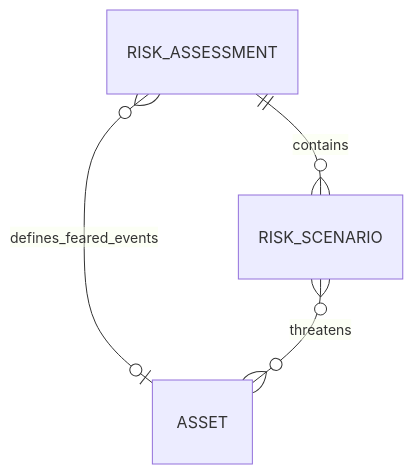
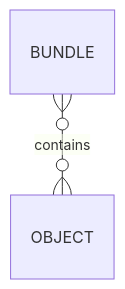
Before and after one commit to intuitem/ciso-assistant-community: the ninth of 9 diagrams in documentation/architecture/data-model.md, drawn with Mermaid. The commit also changed other lines of this file, not shown here.

````diff
--- a/documentation/architecture/data-model.md
+++ b/documentation/architecture/data-model.md
@@ -1452,9 +1105,4 @@
 ```mermaid
 erDiagram
-
-    RISK_ASSESSMENT       }o--o| ASSET                 : defines_feared_events
-    RISK_SCENARIO         }o--o{ ASSET                 : threatens
-    RISK_ASSESSMENT       ||--o{ RISK_SCENARIO         : contains
-    
-
+    BUNDLE              }o--o{ OBJECT                   : contains
 ```
````
